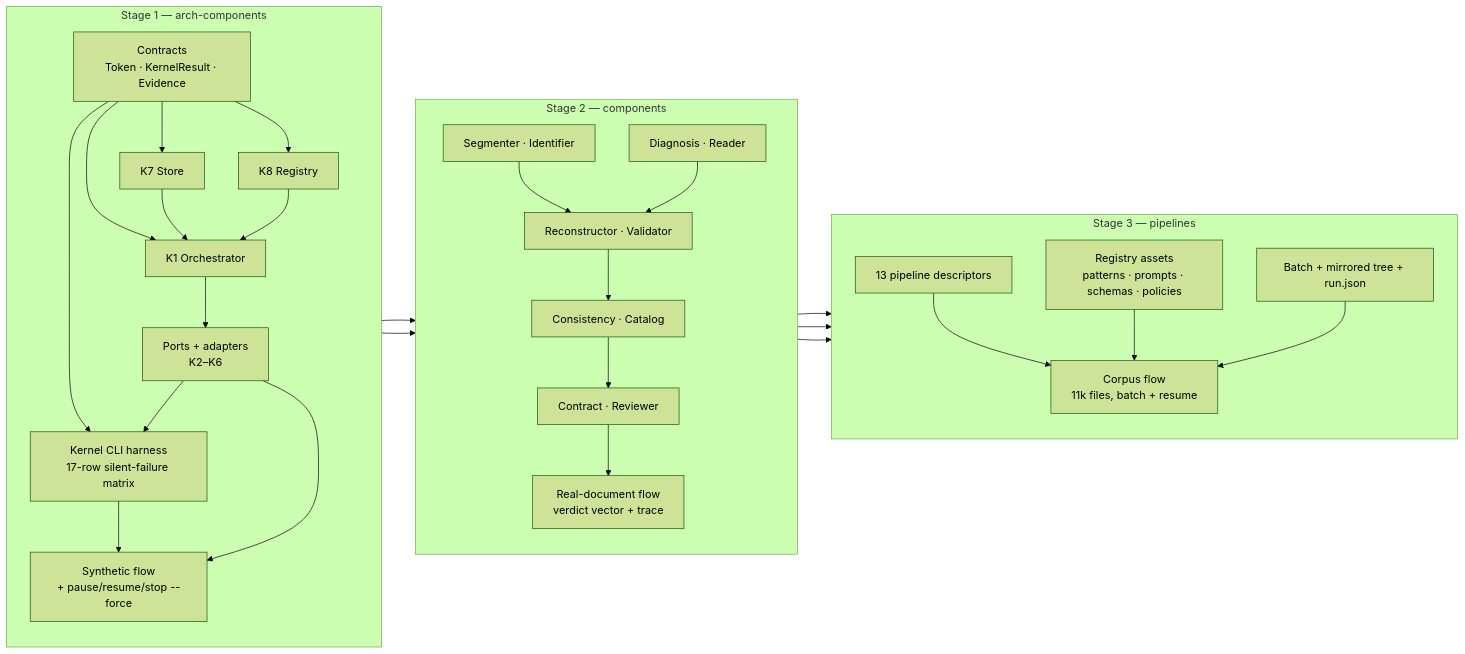
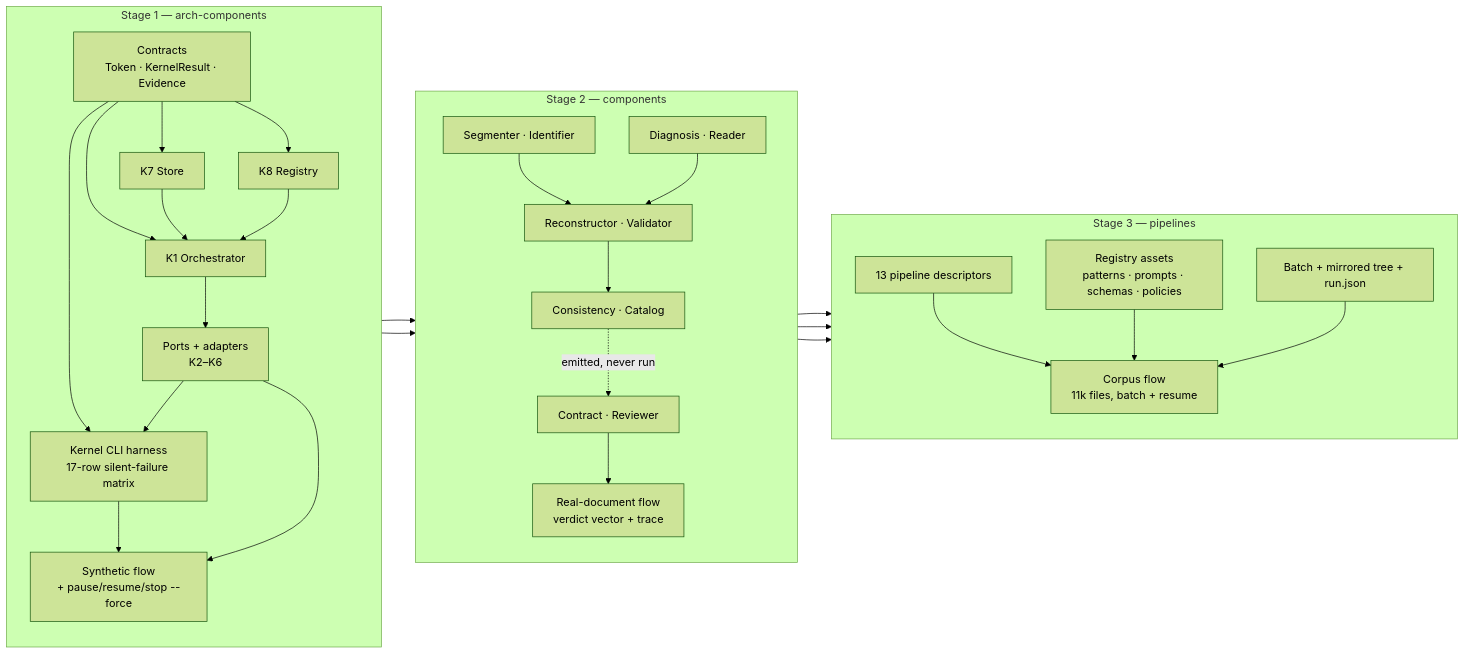
The diagram in docs/artifacts/wbs.md (mariogarcia-ar/docflow), drawn with Mermaid (forest theme) before and after one commit. The commit also changed other lines of this file and 7 other files, not shown here.

````diff
--- a/docs/artifacts/wbs.md
+++ b/docs/artifacts/wbs.md
@@ -29,55 +29,55 @@
 ```mermaid
 graph LR
     subgraph S1["Stage 1 — arch-components"]
         direction TB
         S1A["Contracts<br/>Token · KernelResult · Evidence"]
         S1B["K7 Store"]
         S1C["K1 Orchestrator"]
         S1D["K8 Registry"]
         S1E["Ports + adapters<br/>K2–K6"]
         S1G["Kernel CLI harness<br/>17-row silent-failure matrix"]
         S1F["Synthetic flow<br/>+ pause/resume/stop --force"]
     end
 
     subgraph S2["Stage 2 — components"]
         direction TB
         S2A["Segmenter · Identifier"]
         S2B["Diagnosis · Reader"]
         S2C["Reconstructor · Validator"]
         S2D["Consistency · Catalog"]
         S2E["Contract · Reviewer"]
         S2F["Real-document flow<br/>verdict vector + trace"]
     end
 
     subgraph S3["Stage 3 — pipelines"]
         direction TB
         S3A["13 pipeline descriptors"]
         S3B["Registry assets<br/>patterns · prompts · schemas · policies"]
         S3C["Batch + mirrored tree + run.json"]
         S3D["Corpus flow<br/>11k files, batch + resume"]
     end
 
     S1A --> S1B
     S1A --> S1C
     S1A --> S1D
     S1B --> S1C
     S1D --> S1C
     S1C --> S1E
     S1A --> S1G
     S1E --> S1G
     S1G --> S1F
     S1E --> S1F
     S1F --> S2A
     S1F --> S2B
     S2A --> S2C
     S2B --> S2C
     S2C --> S2D
-    S2D --> S2E
+    S2D -.->|"emitted, never run"| S2E
     S2E --> S2F
     S2F --> S3A
     S2F --> S3B
     S2F --> S3C
     S3A --> S3D
     S3B --> S3D
     S3C --> S3D
 ```
````
